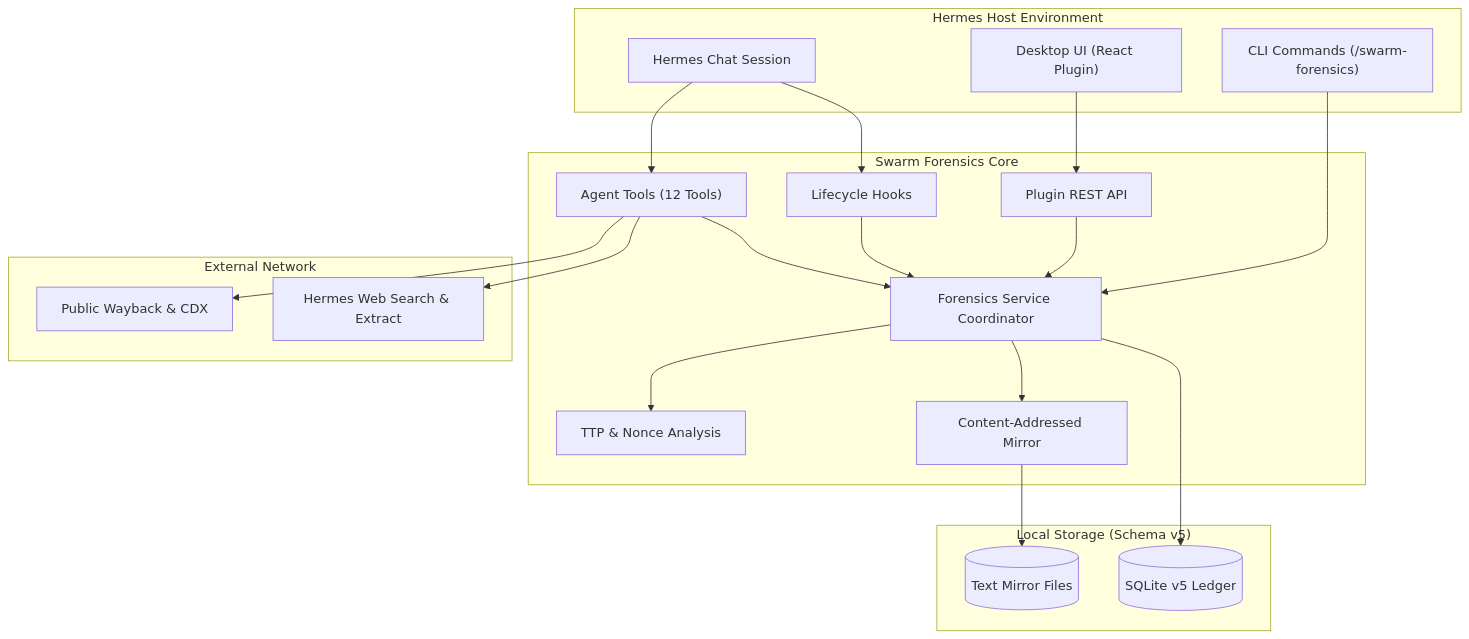
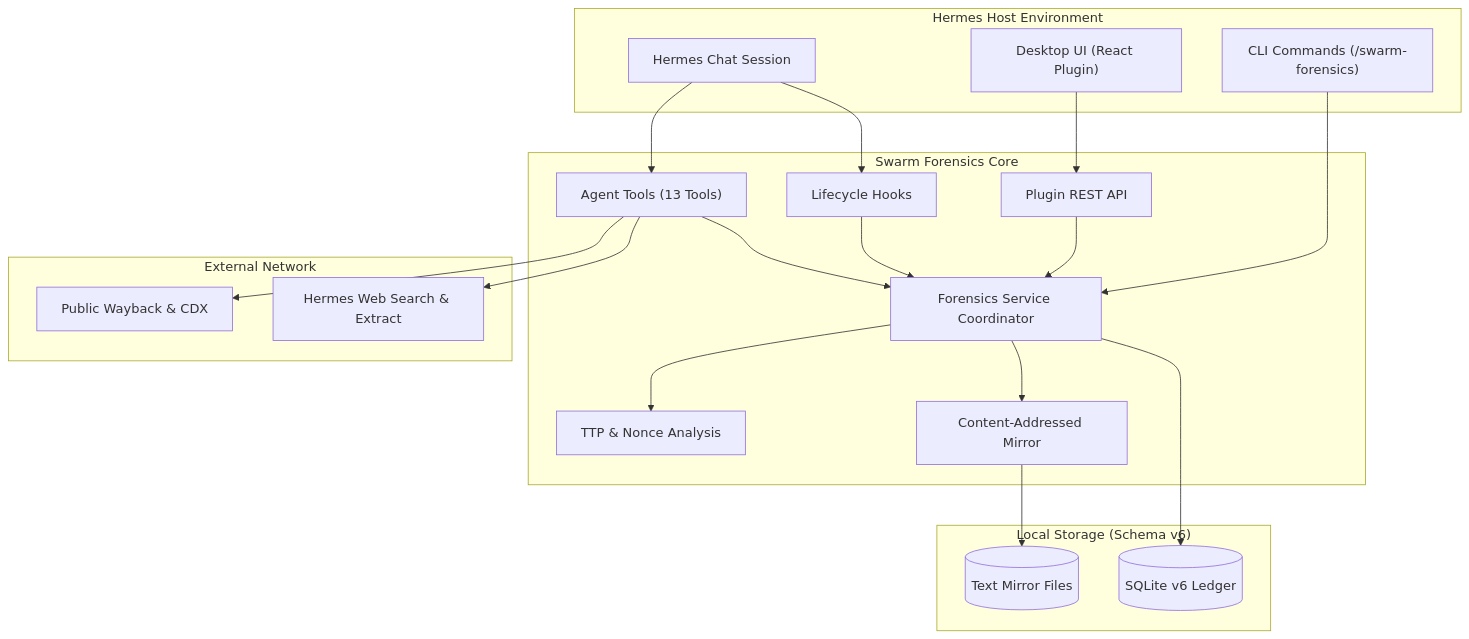
The first of 2 diagrams in showcase/hermes-plugin/README.md (christopherwoodall/swarm-forensics), drawn with Mermaid before and after one commit. The commit also changed other lines of this file and 29 other files, not shown here.

````diff
--- a/showcase/hermes-plugin/README.md
+++ b/showcase/hermes-plugin/README.md
@@ -24,41 +24,41 @@
 ```mermaid
 flowchart TD
     subgraph Host["Hermes Host Environment"]
         Chat["Hermes Chat Session"]
         Desktop["Desktop UI (React Plugin)"]
         CLI["CLI Commands (/swarm-forensics)"]
     end
 
     subgraph PluginCore["Swarm Forensics Core"]
         Hooks["Lifecycle Hooks"]
-        Tools["Agent Tools (12 Tools)"]
+        Tools["Agent Tools (13 Tools)"]
         PluginAPI["Plugin REST API"]
         Service["Forensics Service Coordinator"]
         Analysis["TTP & Nonce Analysis"]
         MirrorStore["Content-Addressed Mirror"]
     end
 
-    subgraph Storage["Local Storage (Schema v5)"]
-        DB[("SQLite v5 Ledger")]
+    subgraph Storage["Local Storage (Schema v6)"]
+        DB[("SQLite v6 Ledger")]
         MirrorFiles[("Text Mirror Files")]
     end
 
     subgraph External["External Network"]
         Web["Hermes Web Search & Extract"]
         PublicIndexes["Public Wayback & CDX"]
     end
 
     Chat --> Hooks
     Chat --> Tools
     Desktop --> PluginAPI
     CLI --> Service
     Hooks --> Service
     Tools --> Service
     PluginAPI --> Service
     Service --> DB
     Service --> MirrorStore
     MirrorStore --> MirrorFiles
     Service --> Analysis
     Tools --> Web
     Tools --> PublicIndexes
 ```
````
